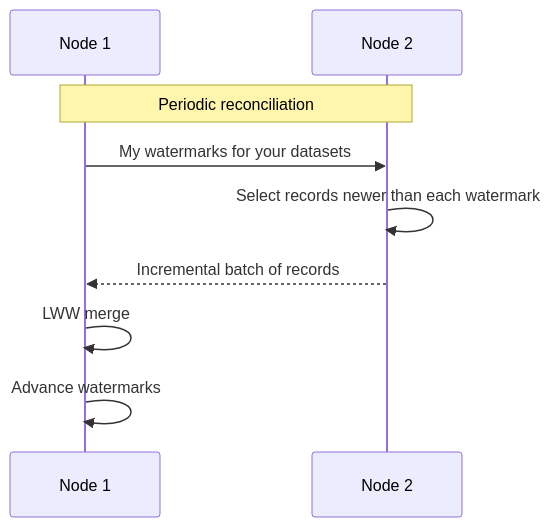
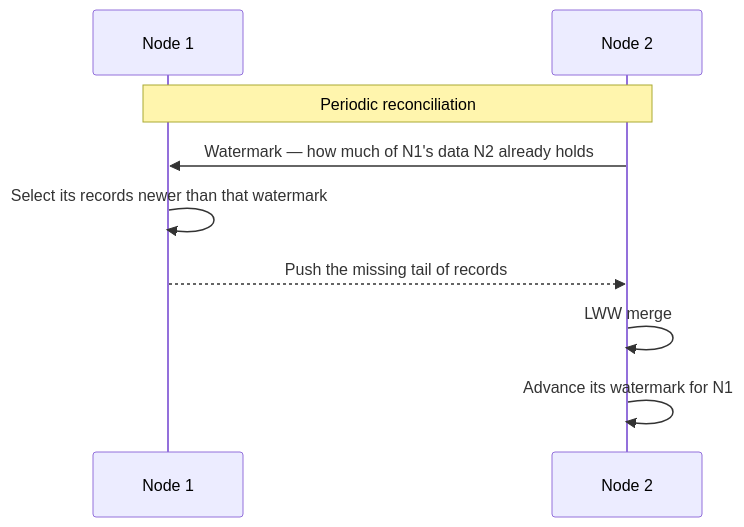
The third of 7 diagrams in website/docs/design/clustering/replication.mdx (link-society/flowg), drawn with Mermaid before and after one commit. The commit also changed other lines of this file, not shown here.

````diff
--- a/website/docs/design/clustering/replication.mdx
+++ b/website/docs/design/clustering/replication.mdx
@@ -123,12 +124,12 @@
 ```mermaid
 sequenceDiagram
   participant N1 as Node 1
   participant N2 as Node 2
 
   Note over N1,N2: Periodic reconciliation
-  N1->>N2: My watermarks for your datasets
-  N2->>N2: Select records newer than each watermark
-  N2-->>N1: Incremental batch of records
-  N1->>N1: LWW merge
-  N1->>N1: Advance watermarks
+  N2->>N1: Watermark — how much of N1's data N2 already holds
+  N1->>N1: Select its records newer than that watermark
+  N1-->>N2: Push the missing tail of records
+  N2->>N2: LWW merge
+  N2->>N2: Advance its watermark for N1
 ```
````
